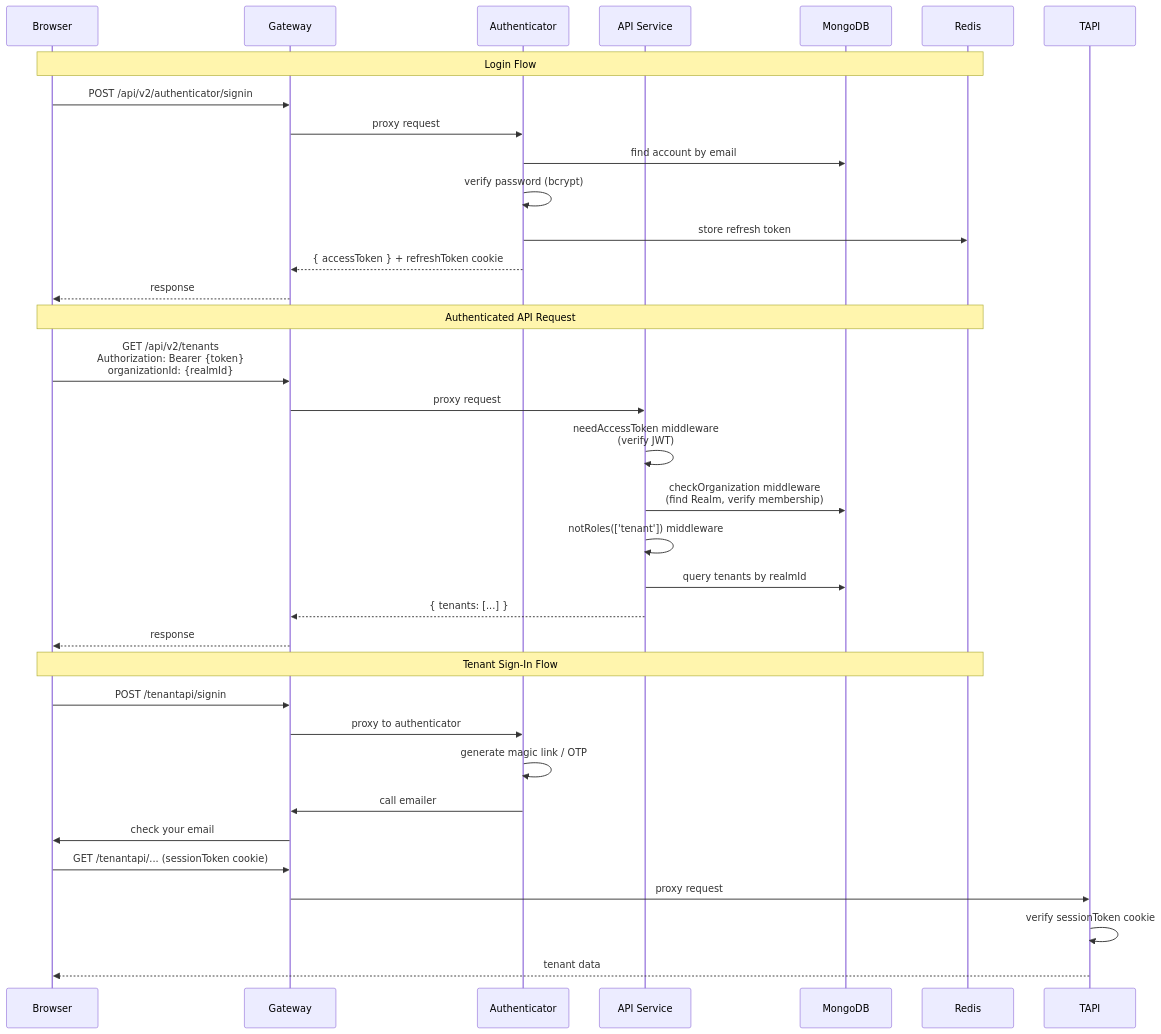
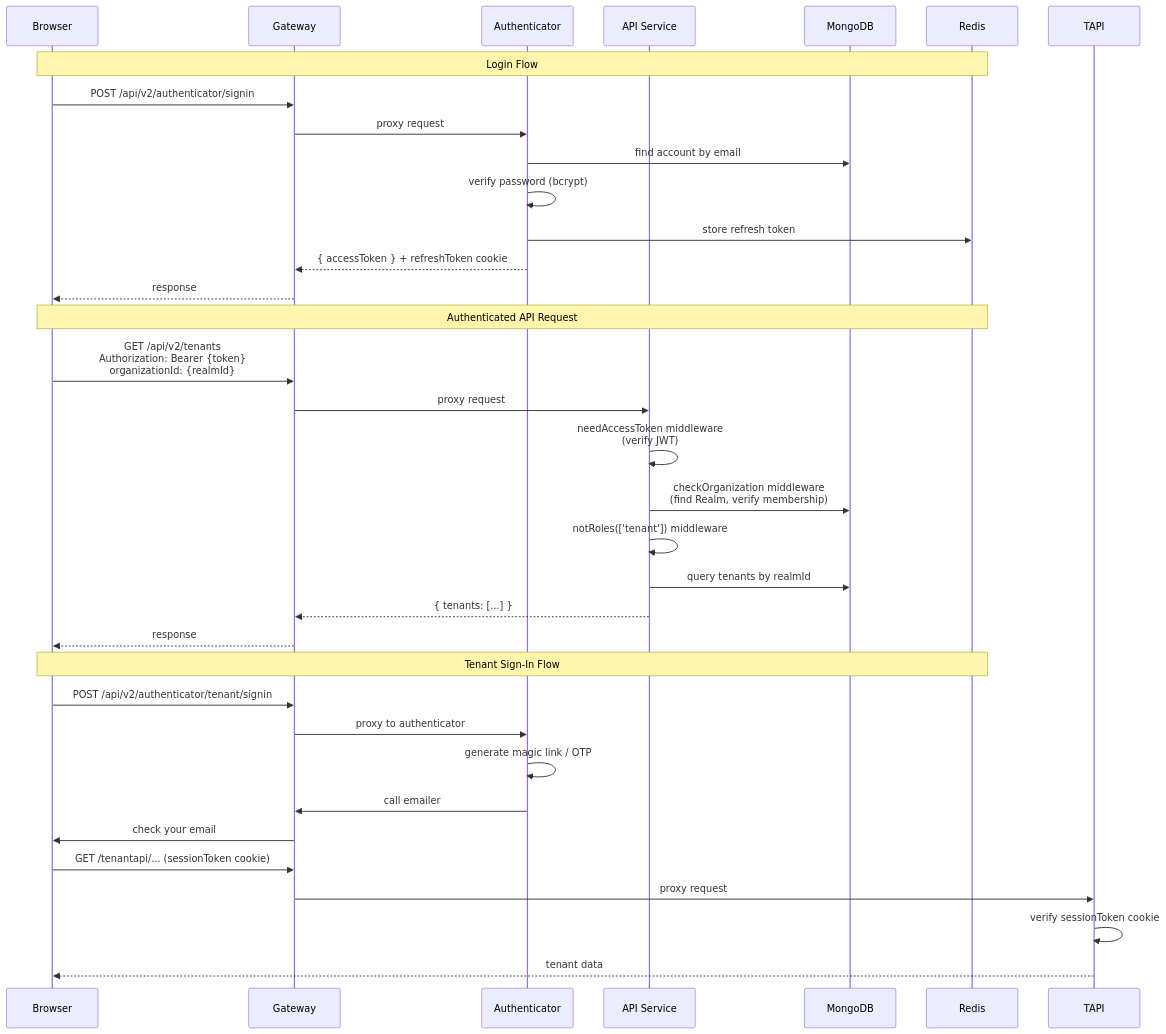
The third of 6 diagrams in .kiro/steering/architecture-diagrams.md (directorscut82/microrealestate), drawn with Mermaid before and after one commit. The commit also changed other lines of this file and 10 other files, not shown here.

````diff
--- a/.kiro/steering/architecture-diagrams.md
+++ b/.kiro/steering/architecture-diagrams.md
@@ -118,39 +118,39 @@
 ```mermaid
 sequenceDiagram
     participant B as Browser
     participant GW as Gateway
     participant AUTH as Authenticator
     participant API as API Service
     participant DB as MongoDB
     participant R as Redis
 
     Note over B,R: Login Flow
     B->>GW: POST /api/v2/authenticator/signin
     GW->>AUTH: proxy request
     AUTH->>DB: find account by email
     AUTH->>AUTH: verify password (bcrypt)
     AUTH->>R: store refresh token
     AUTH-->>GW: { accessToken } + refreshToken cookie
     GW-->>B: response
 
     Note over B,R: Authenticated API Request
     B->>GW: GET /api/v2/tenants<br/>Authorization: Bearer {token}<br/>organizationId: {realmId}
     GW->>API: proxy request
     API->>API: needAccessToken middleware<br/>(verify JWT)
     API->>DB: checkOrganization middleware<br/>(find Realm, verify membership)
     API->>API: notRoles(['tenant']) middleware
     API->>DB: query tenants by realmId
     API-->>GW: { tenants: [...] }
     GW-->>B: response
 
     Note over B,R: Tenant Sign-In Flow
-    B->>GW: POST /tenantapi/signin
+    B->>GW: POST /api/v2/authenticator/tenant/signin
     GW->>AUTH: proxy to authenticator
     AUTH->>AUTH: generate magic link / OTP
     AUTH->>GW: call emailer
     GW->>B: check your email
     B->>GW: GET /tenantapi/... (sessionToken cookie)
     GW->>TAPI: proxy request
     TAPI->>TAPI: verify sessionToken cookie
     TAPI-->>B: tenant data
 ```
````
